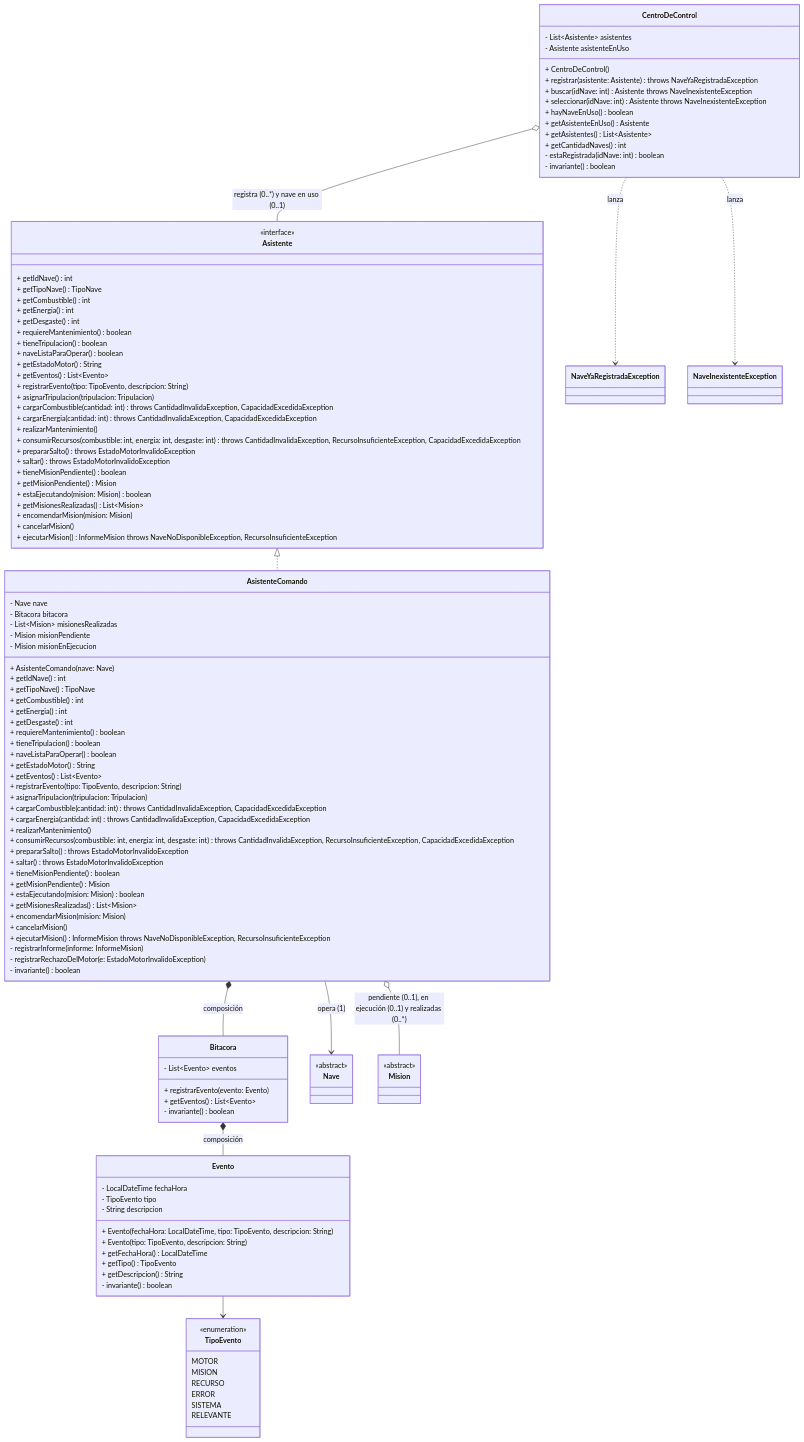
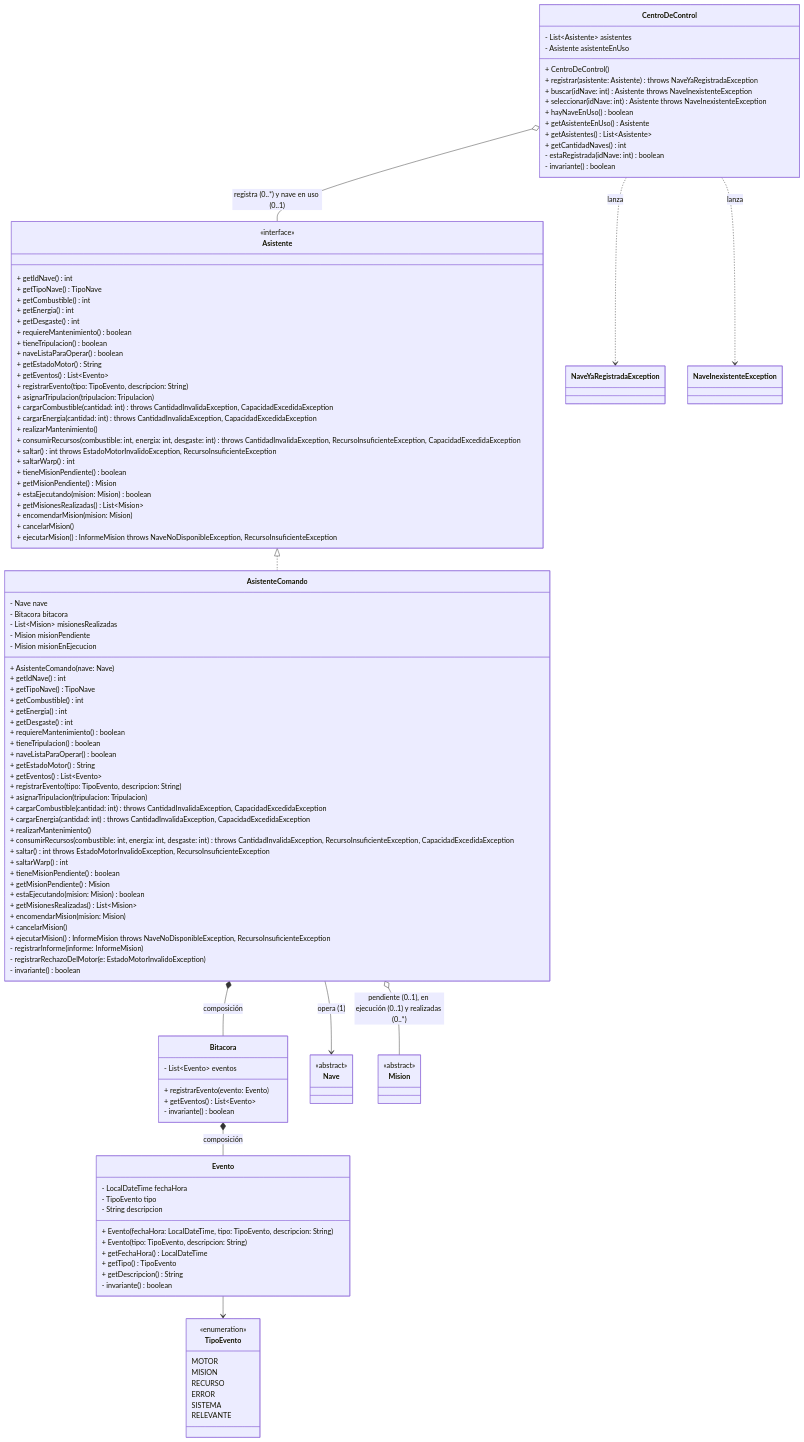
The fifth of 8 diagrams in docs/diagrama_clases.md (josesarregui/tpg-programacion-c-nave), drawn with Mermaid before and after one commit. The commit also changed other lines of this file and 23 other files, not shown here.

First line of the commit message:
Motor Warp por turnos según el Anexo (patrón State)

```diff
--- a/docs/diagrama_clases.md
+++ b/docs/diagrama_clases.md
@@ -386,8 +374,8 @@
         + cargarEnergia(cantidad: int) throws CantidadInvalidaException, CapacidadExcedidaException
         + realizarMantenimiento()
         + consumirRecursos(combustible: int, energia: int, desgaste: int) throws CantidadInvalidaException, RecursoInsuficienteException, CapacidadExcedidaException
-        + prepararSalto() throws EstadoMotorInvalidoException
-        + saltar() throws EstadoMotorInvalidoException
+        + saltar() int throws EstadoMotorInvalidoException, RecursoInsuficienteException
+        + saltarWarp() int
         + tieneMisionPendiente() boolean
         + getMisionPendiente() Mision
         + estaEjecutando(mision: Mision) boolean
@@ -419,8 +407,8 @@
         + cargarEnergia(cantidad: int) throws CantidadInvalidaException, CapacidadExcedidaException
         + realizarMantenimiento()
         + consumirRecursos(combustible: int, energia: int, desgaste: int) throws CantidadInvalidaException, RecursoInsuficienteException, CapacidadExcedidaException
-        + prepararSalto() throws EstadoMotorInvalidoException
-        + saltar() throws EstadoMotorInvalidoException
+        + saltar() int throws EstadoMotorInvalidoException, RecursoInsuficienteException
+        + saltarWarp() int
         + tieneMisionPendiente() boolean
         + getMisionPendiente() Mision
         + estaEjecutando(mision: Mision) boolean
```
